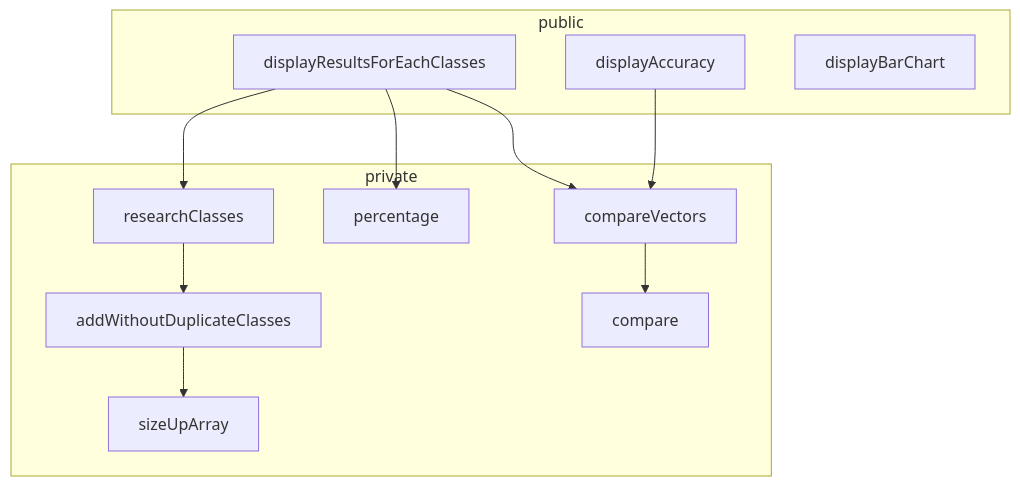
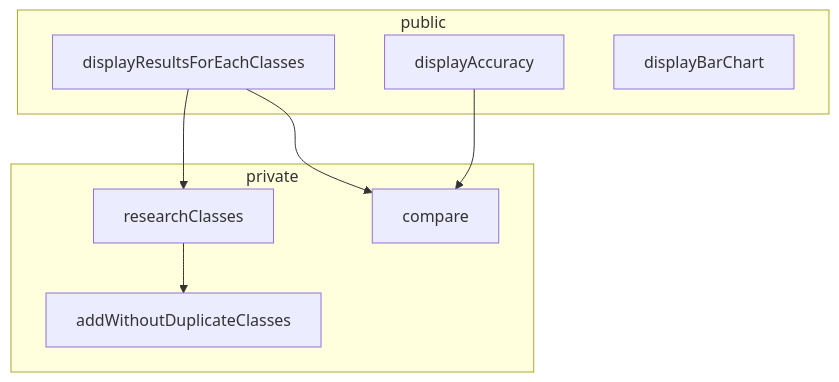
The third of 3 diagrams in TND/notes/Projet.md (Twan0u/Henallux_notes), drawn with Mermaid before and after one commit. The commit also changed other lines of this file and 6 other files, not shown here.

````diff
--- a/TND/notes/Projet.md
+++ b/TND/notes/Projet.md
@@ -79,22 +82,17 @@
 ```mermaid
 graph TD;
 	subgraph public
     	displayResultsForEachClasses
     	displayAccuracy
     	displayBarChart
     end
 	displayResultsForEachClasses-->researchClasses;
-    displayAccuracy-->compareVectors;
-    
-    
+    displayAccuracy-->compare;
     
         
     displayBarChart;
     subgraph private
 		researchClasses-->addWithoutDuplicateClasses;
-    	addWithoutDuplicateClasses-->sizeUpArray;
-    	displayResultsForEachClasses-->percentage;
-    	displayResultsForEachClasses-->compareVectors;
-    	compareVectors-->compare;
+    	displayResultsForEachClasses-->compare;
     end
 ```
````
